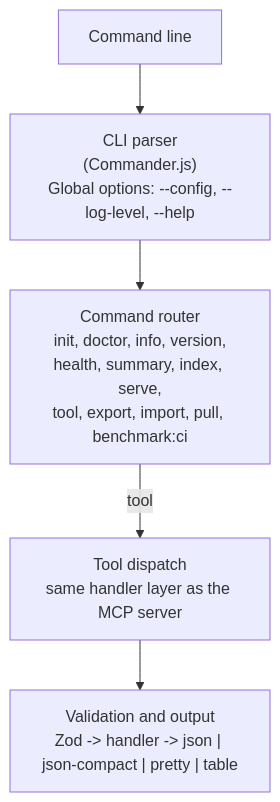
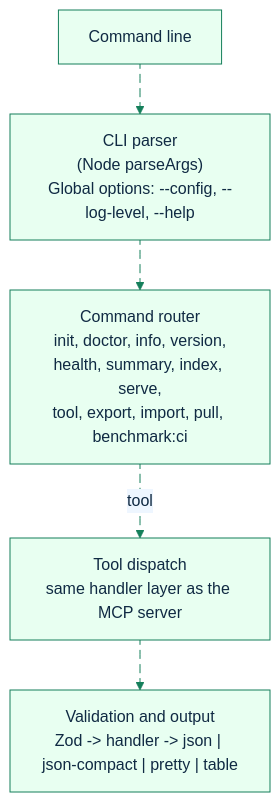
The diagram in docs/cli-reference.md (GlitterKill/sdl-mcp), drawn with Mermaid before and after one commit. The commit also changed other lines of this file and 36 other files, not shown here.

````diff
--- a/docs/cli-reference.md
+++ b/docs/cli-reference.md
@@ -21,11 +21,17 @@
 ```mermaid
+%%{init: {"theme":"base","themeVariables":{"primaryColor":"#e8fff1","primaryBorderColor":"#157f5b","primaryTextColor":"#102a43","secondaryColor":"#eef6ff","secondaryBorderColor":"#2563eb","tertiaryColor":"#fff4d6","tertiaryBorderColor":"#b45309","lineColor":"#157f5b","fontFamily":"Trebuchet MS, Arial"},"flowchart":{"curve":"basis"}}}%%
 flowchart TD
     CLI["Command line"]
-    Parser["CLI parser<br/>(Commander.js)<br/>Global options: --config, --log-level, --help"]
+    Parser["CLI parser<br/>(Node parseArgs)<br/>Global options: --config, --log-level, --help"]
     Router["Command router<br/>init, doctor, info, version,<br/>health, summary, index, serve,<br/>tool, export, import, pull, benchmark:ci"]
     Tool["Tool dispatch<br/>same handler layer as the MCP server"]
     Format["Validation and output<br/>Zod -> handler -> json | json-compact | pretty | table"]
 
-    CLI --> Parser --> Router
-    Router -->|"tool"| Tool --> Format
+    CLI e1@--> Parser
+    Parser e2@--> Router
+    Router e3@-->|tool| Tool
+    Tool e4@--> Format
+
+    classDef animate stroke-dasharray: 9\,5,stroke-dashoffset: 900,animation: dash 25s linear infinite;
+    class e1,e2,e3,e4 animate
 ```
````
